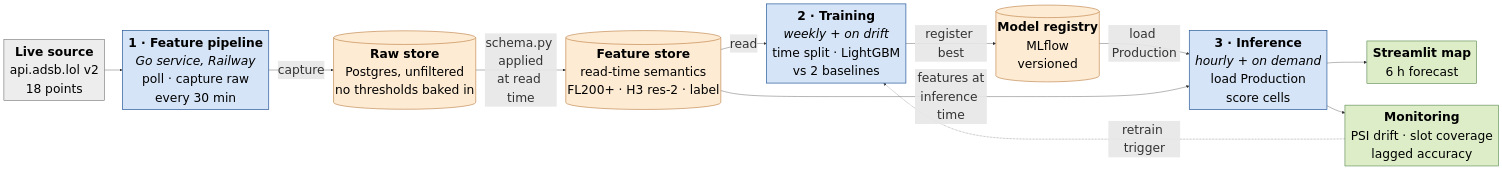
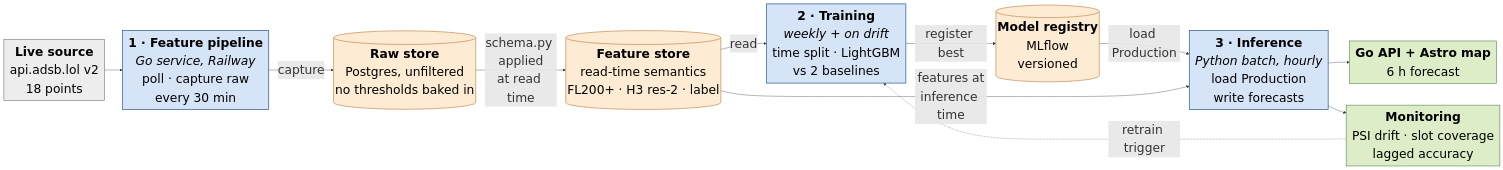
Before and after one commit to Zayden16/hslu-mlops-hs-26: the diagram in docs/architecture.mmd, drawn with Mermaid. The commit also changed 3 other files, not shown here.

First line of the commit message:
docs(ms1): Go for production paths, Python for ML, Astro frontend

```diff
--- a/docs/architecture.mmd
+++ b/docs/architecture.mmd
@@ -1,31 +1,31 @@
 %%{init: {"flowchart": {"nodeSpacing": 40, "rankSpacing": 50, "padding": 8, "wrappingWidth": 500}, "themeVariables": {"fontSize": "34px"}}}%%
 flowchart LR
     A["<b>Live source</b><br/>api.adsb.lol v2<br/>18 points"]
     P["<b>1 · Feature pipeline</b><br/><i>Go service, Railway</i><br/>poll · capture raw<br/>every 30 min"]
     R[("<b>Raw store</b><br/>Postgres, unfiltered<br/>no thresholds baked in")]
     FS[("<b>Feature store</b><br/>read-time semantics<br/>FL200+ · H3 res-2 · label")]
     T["<b>2 · Training</b><br/><i>weekly + on drift</i><br/>time split · LightGBM<br/>vs 2 baselines"]
     MR[("<b>Model registry</b><br/>MLflow<br/>versioned")]
-    I["<b>3 · Inference</b><br/><i>hourly + on demand</i><br/>load Production<br/>score cells"]
-    UI["<b>Streamlit map</b><br/>6 h forecast"]
+    I["<b>3 · Inference</b><br/><i>Python batch, hourly</i><br/>load Production<br/>write forecasts"]
+    UI["<b>Go API + Astro map</b><br/>6 h forecast"]
     MON["<b>Monitoring</b><br/>PSI drift · slot coverage<br/>lagged accuracy"]
 
     A --> P
     P -->|"capture"| R
     R -->|"schema.py applied<br/>at read time"| FS
     FS -->|read| T
     T -->|"register best"| MR
     MR -->|"load Production"| I
     FS -->|"features at<br/>inference time"| I
     I --> UI
     I --> MON
     MON -.->|"retrain trigger"| T
 
     classDef store fill:#fdebd3,stroke:#b5702f,stroke-width:1.5px,color:#000
     classDef pipe fill:#d6e4f7,stroke:#2f5f9e,stroke-width:2px,color:#000
     classDef src fill:#ededed,stroke:#666,stroke-width:1.5px,color:#000
     classDef out fill:#dcedc8,stroke:#4a7c3f,stroke-width:1.5px,color:#000
     class R,FS,MR store
     class P,T,I pipe
     class A src
     class UI,MON out
```
